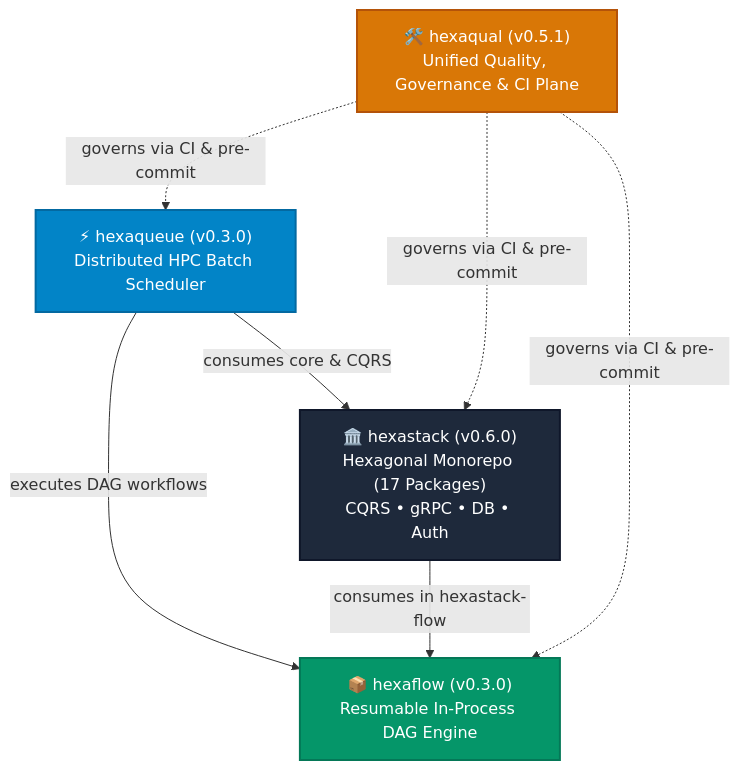
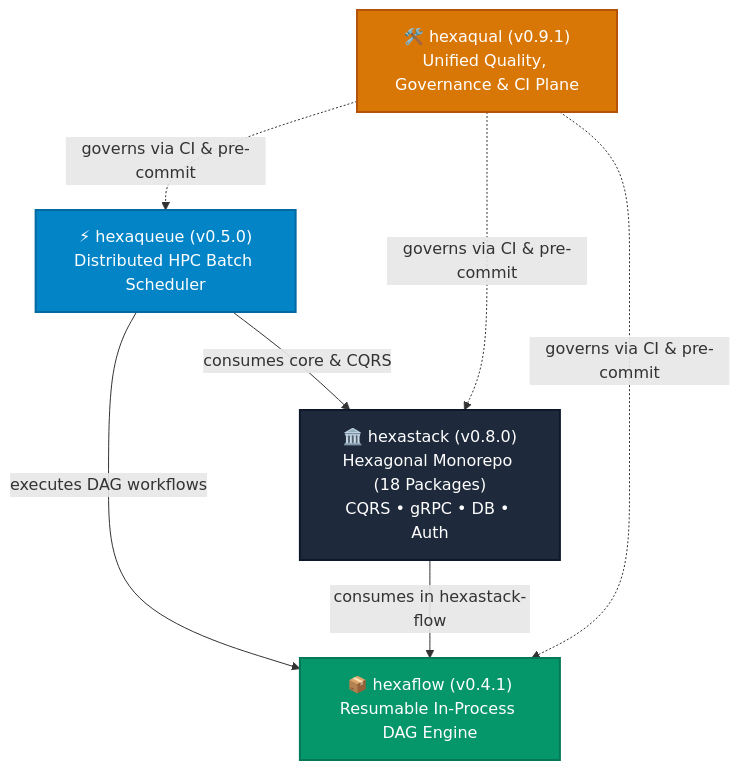
One commit to TheTrueSCU/hexaqueue changed the first of 2 diagrams in docs/ecosystem.md. Above: the diagram before and after it, drawn with Mermaid. The commit also changed 63 other files, not shown here.

````diff
--- a/docs/ecosystem.md
+++ b/docs/ecosystem.md
@@ -9,19 +9,19 @@
 ```mermaid
 graph TD
     classDef hq fill:#0284c7,stroke:#0369a1,stroke-width:2px,color:#ffffff;
     classDef hs fill:#1e293b,stroke:#0f172a,stroke-width:2px,color:#ffffff;
     classDef hf fill:#059669,stroke:#047857,stroke-width:2px,color:#ffffff;
     classDef hqual fill:#d97706,stroke:#b45309,stroke-width:2px,color:#ffffff;
 
-    HQ["⚡ hexaqueue (v0.3.0)<br/>Distributed HPC Batch Scheduler"]:::hq
-    HS["🏛️ hexastack (v0.6.0)<br/>Hexagonal Monorepo (17 Packages)<br/>CQRS • gRPC • DB • Auth"]:::hs
-    HF["📦 hexaflow (v0.3.0)<br/>Resumable In-Process DAG Engine"]:::hf
-    HQUAL["🛠️ hexaqual (v0.5.1)<br/>Unified Quality, Governance & CI Plane"]:::hqual
+    HQ["⚡ hexaqueue (v0.5.0)<br/>Distributed HPC Batch Scheduler"]:::hq
+    HS["🏛️ hexastack (v0.8.0)<br/>Hexagonal Monorepo (18 Packages)<br/>CQRS • gRPC • DB • Auth"]:::hs
+    HF["📦 hexaflow (v0.4.1)<br/>Resumable In-Process DAG Engine"]:::hf
+    HQUAL["🛠️ hexaqual (v0.9.1)<br/>Unified Quality, Governance & CI Plane"]:::hqual
 
     HQ -->|"consumes core & CQRS"| HS
     HQ -->|"executes DAG workflows"| HF
     HS -->|"consumes in hexastack-flow"| HF
     HQUAL -. "governs via CI & pre-commit" .-> HQ
     HQUAL -. "governs via CI & pre-commit" .-> HS
     HQUAL -. "governs via CI & pre-commit" .-> HF
 ```
````
